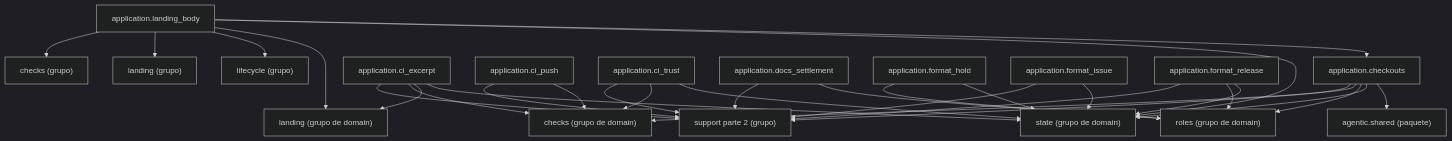
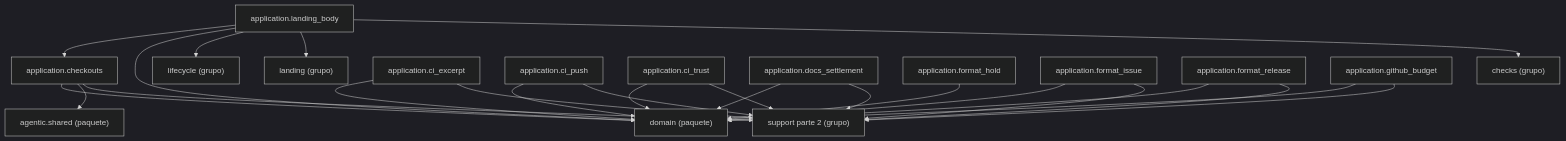
The diagram in docs/architecture/generated/packages-process-application-support-1.md (GonzaloZevallos/agentic-system), drawn with Mermaid (dark theme) before and after one commit. The commit also changed other lines of this file and 4 other files, not shown here.

````diff
--- a/docs/architecture/generated/packages-process-application-support-1.md
+++ b/docs/architecture/generated/packages-process-application-support-1.md
@@ -17,50 +17,42 @@
 ```mermaid
 graph TD
     g_application__checks["checks (grupo)"]
     g_application__landing["landing (grupo)"]
     g_application__lifecycle["lifecycle (grupo)"]
     g_application__support__2["support parte 2 (grupo)"]
-    g_domain__checks["checks (grupo de domain)"]
-    g_domain__landing["landing (grupo de domain)"]
-    g_domain__roles["roles (grupo de domain)"]
-    g_domain__state["state (grupo de domain)"]
     g_pkg__agentic__shared["agentic.shared (paquete)"]
+    g_pkg__domain["domain (paquete)"]
     m_application__checkouts["application.checkouts"]
     m_application__ci_excerpt["application.ci_excerpt"]
     m_application__ci_push["application.ci_push"]
     m_application__ci_trust["application.ci_trust"]
     m_application__docs_settlement["application.docs_settlement"]
     m_application__format_hold["application.format_hold"]
     m_application__format_issue["application.format_issue"]
     m_application__format_release["application.format_release"]
+    m_application__github_budget["application.github_budget"]
     m_application__landing_body["application.landing_body"]
     m_application__checkouts --> g_application__support__2
-    m_application__checkouts --> g_domain__checks
-    m_application__checkouts --> g_domain__roles
-    m_application__checkouts --> g_domain__state
     m_application__checkouts --> g_pkg__agentic__shared
+    m_application__checkouts --> g_pkg__domain
     m_application__ci_excerpt --> g_application__support__2
-    m_application__ci_excerpt --> g_domain__checks
-    m_application__ci_excerpt --> g_domain__landing
-    m_application__ci_excerpt --> g_domain__state
+    m_application__ci_excerpt --> g_pkg__domain
     m_application__ci_push --> g_application__support__2
-    m_application__ci_push --> g_domain__checks
+    m_application__ci_push --> g_pkg__domain
     m_application__ci_trust --> g_application__support__2
-    m_application__ci_trust --> g_domain__checks
-    m_application__ci_trust --> g_domain__state
+    m_application__ci_trust --> g_pkg__domain
     m_application__docs_settlement --> g_application__support__2
-    m_application__docs_settlement --> g_domain__roles
-    m_application__format_hold --> g_domain__roles
-    m_application__format_hold --> g_domain__state
+    m_application__docs_settlement --> g_pkg__domain
+    m_application__format_hold --> g_pkg__domain
     m_application__format_issue --> g_application__support__2
-    m_application__format_issue --> g_domain__state
+    m_application__format_issue --> g_pkg__domain
     m_application__format_release --> g_application__support__2
-    m_application__format_release --> g_domain__roles
-    m_application__format_release --> g_domain__state
+    m_application__format_release --> g_pkg__domain
+    m_application__github_budget --> g_application__support__2
+    m_application__github_budget --> g_pkg__domain
     m_application__landing_body --> g_application__checks
     m_application__landing_body --> g_application__landing
     m_application__landing_body --> g_application__lifecycle
-    m_application__landing_body --> g_domain__landing
-    m_application__landing_body --> g_domain__state
+    m_application__landing_body --> g_pkg__domain
     m_application__landing_body --> m_application__checkouts
 ```
````
